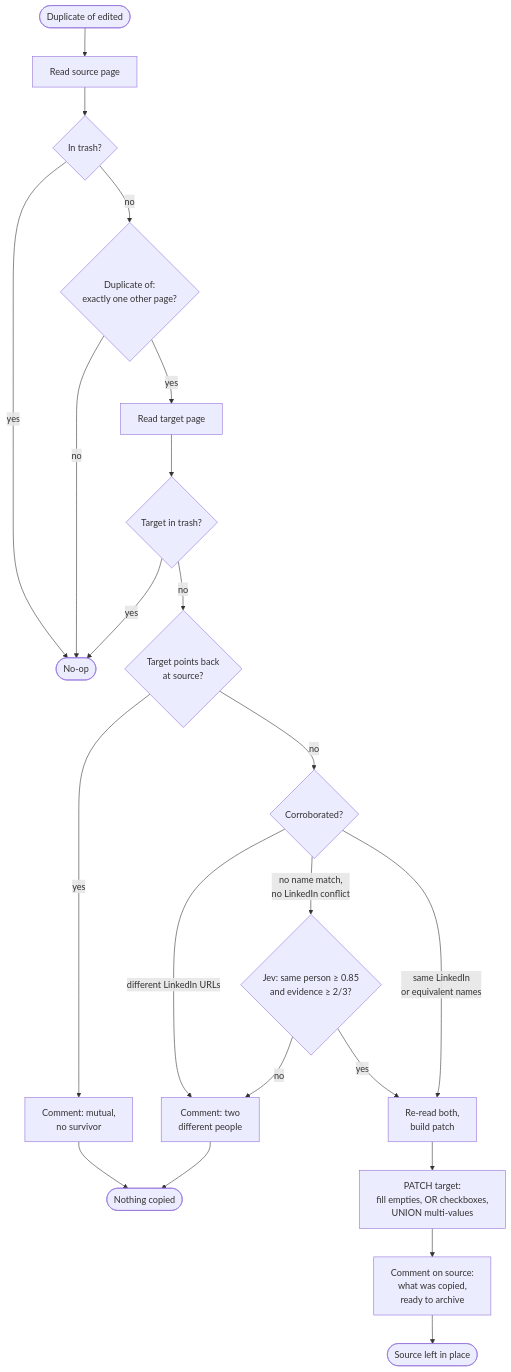
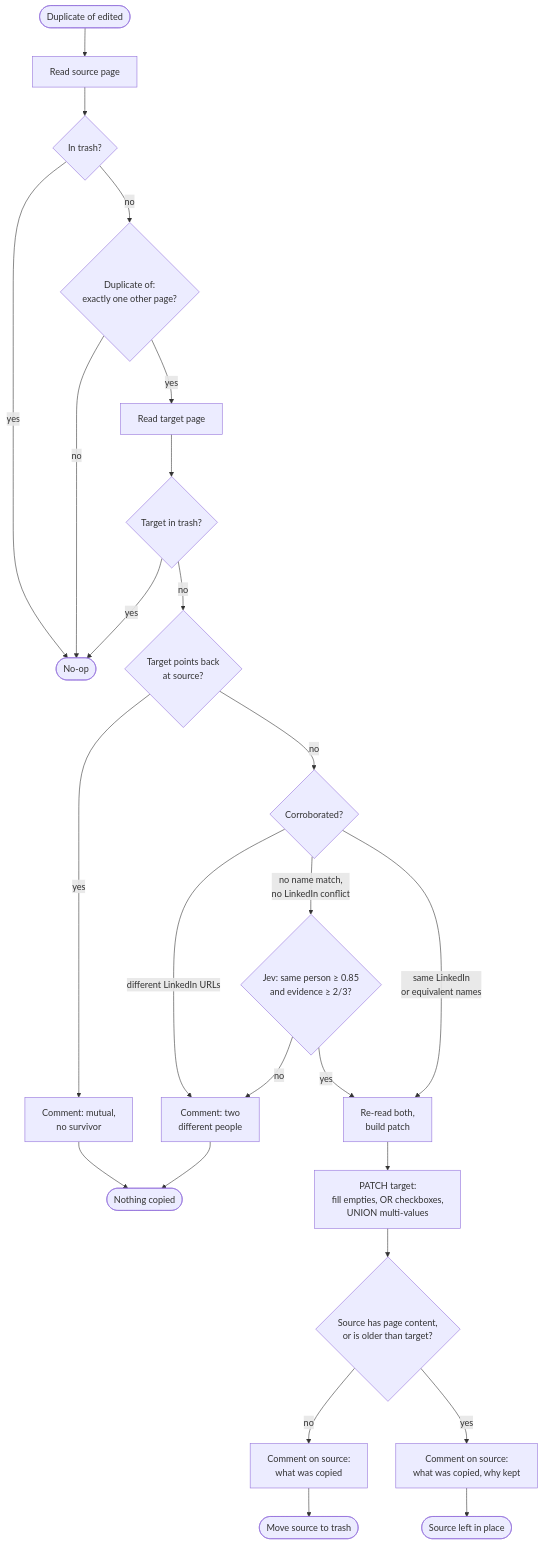
Before and after one commit to work-flowers/zapier-sdk: the diagram in merge-duplicate-contacts/README.md, drawn with Mermaid. The commit also changed other lines of this file and 4 other files, not shown here.

First line of the commit message:
merge-duplicate-contacts: move the merged-away contact to the trash

````diff
--- a/merge-duplicate-contacts/README.md
+++ b/merge-duplicate-contacts/README.md
@@ -48,22 +48,23 @@
 ```mermaid
 flowchart TD
     A(["Duplicate of edited"]) --> B["Read source page"]
     B --> C{"In trash?"}
     C -- yes --> Z(["No-op"])
     C -- no --> D{"Duplicate of:<br/>exactly one other page?"}
     D -- no --> Z
     D -- yes --> E["Read target page"]
     E --> F{"Target in trash?"}
     F -- yes --> Z
     F -- no --> G{"Target points back<br/>at source?"}
     G -- yes --> H["Comment: mutual,<br/>no survivor"] --> Y(["Nothing copied"])
     G -- no --> I{"Corroborated?"}
     I -- "different LinkedIn URLs" --> J["Comment: two<br/>different people"] --> Y
     I -- "no name match,<br/>no LinkedIn conflict" --> Q{"Jev: same person ≥ 0.85<br/>and evidence ≥ 2/3?"}
     Q -- no --> J
     Q -- yes --> K
     I -- "same LinkedIn<br/>or equivalent names" --> K["Re-read both,<br/>build patch"]
     K --> L["PATCH target:<br/>fill empties, OR checkboxes,<br/>UNION multi-values"]
-    L --> M["Comment on source:<br/>what was copied,<br/>ready to archive"]
-    M --> N(["Source left in place"])
+    L --> P{"Source has page content,<br/>or is older than target?"}
+    P -- no --> M["Comment on source:<br/>what was copied"] --> T(["Move source to trash"])
+    P -- yes --> M2["Comment on source:<br/>what was copied, why kept"] --> N(["Source left in place"])
 ```
````
